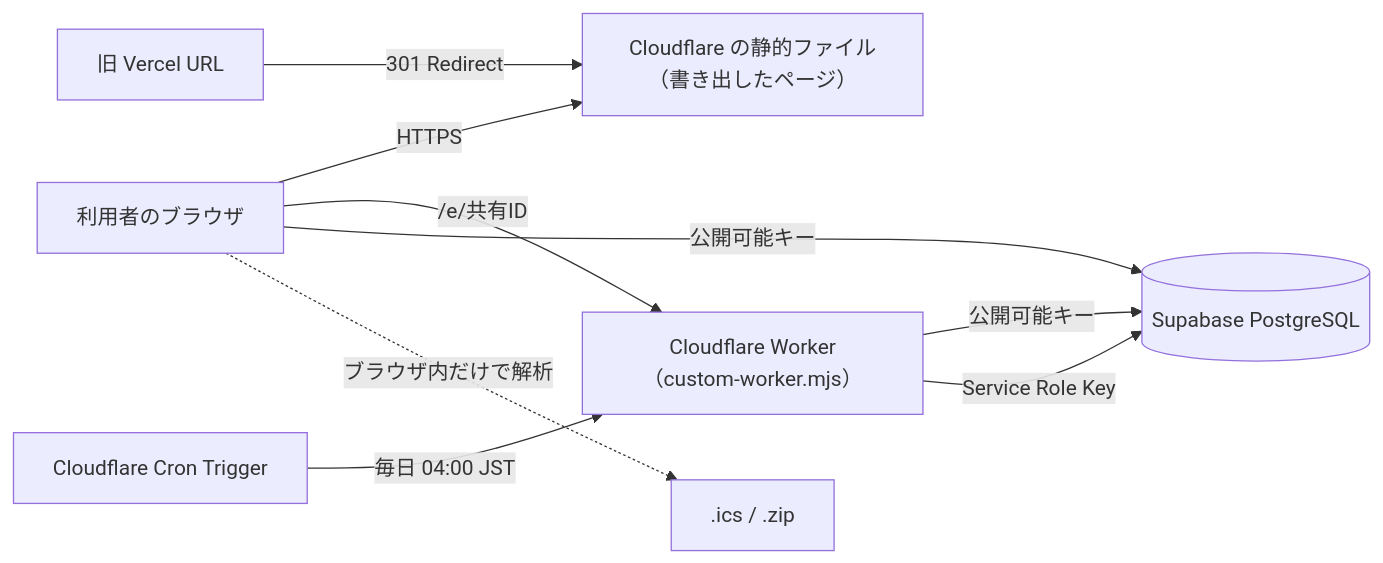
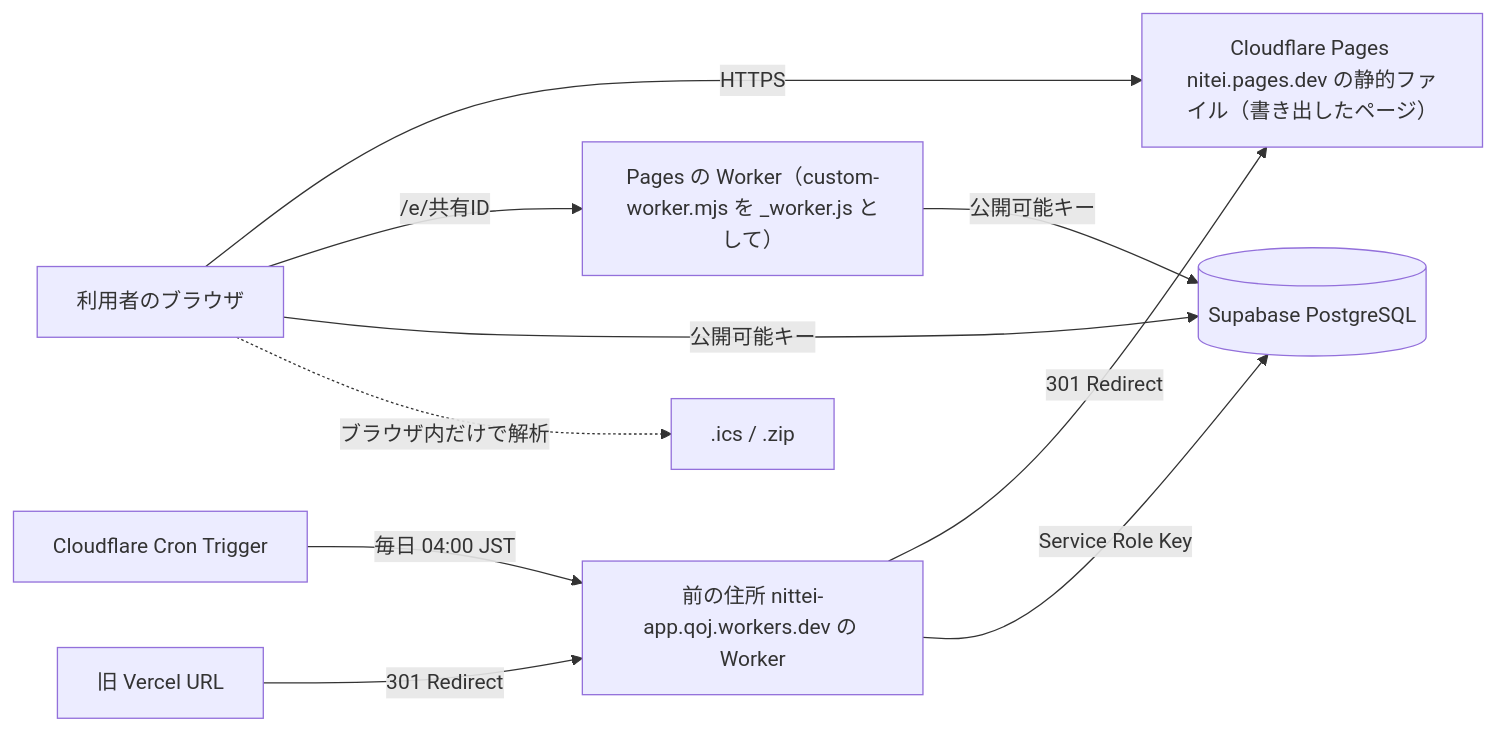
Before and after one commit to tghcgu/nittei-app: the diagram in README.md, drawn with Mermaid. The commit also changed other lines of this file and 16 other files, not shown here.

First line of the commit message:
Move the site to nitei.pages.dev; the old address redirects

````diff
--- a/README.md
+++ b/README.md
@@ -177,11 +178,12 @@
 ```mermaid
 flowchart LR
-  U[利用者のブラウザ] -->|HTTPS| A[Cloudflare の静的ファイル（書き出したページ）]
-  U -->|/e/共有ID| W[Cloudflare Worker（custom-worker.mjs）]
+  U[利用者のブラウザ] -->|HTTPS| A[Cloudflare Pages nitei.pages.dev の静的ファイル（書き出したページ）]
+  U -->|/e/共有ID| W[Pages の Worker（custom-worker.mjs を _worker.js として）]
   W -->|公開可能キー| S[(Supabase PostgreSQL)]
   U -->|公開可能キー| S
-  T[Cloudflare Cron Trigger] -->|毎日 04:00 JST| W
-  W -->|Service Role Key| S
-  V[旧 Vercel URL] -->|301 Redirect| A
+  O[前の住所 nittei-app.qoj.workers.dev の Worker] -->|301 Redirect| A
+  T[Cloudflare Cron Trigger] -->|毎日 04:00 JST| O
+  O -->|Service Role Key| S
+  V[旧 Vercel URL] -->|301 Redirect| O
   U -. ブラウザ内だけで解析 .-> F[.ics / .zip]
 ```
````
